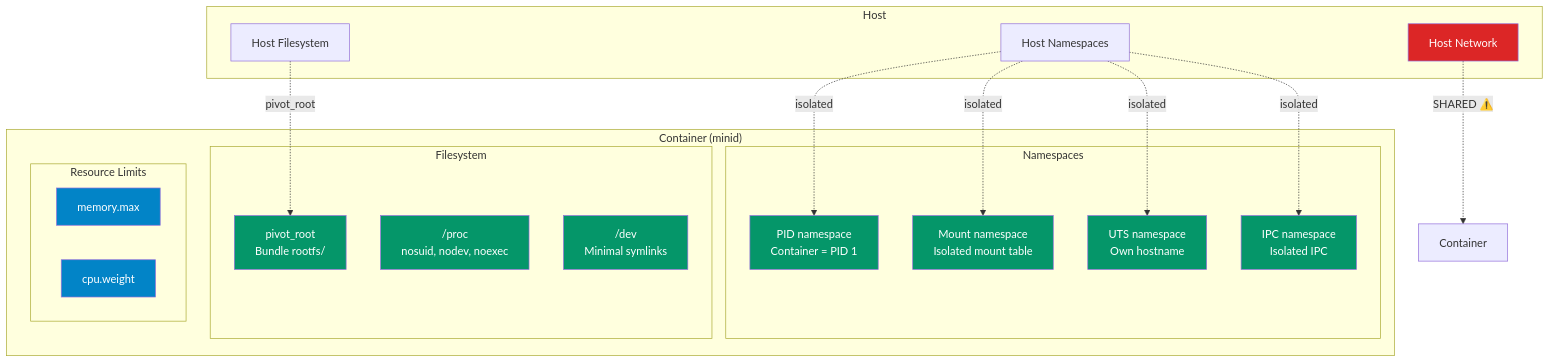
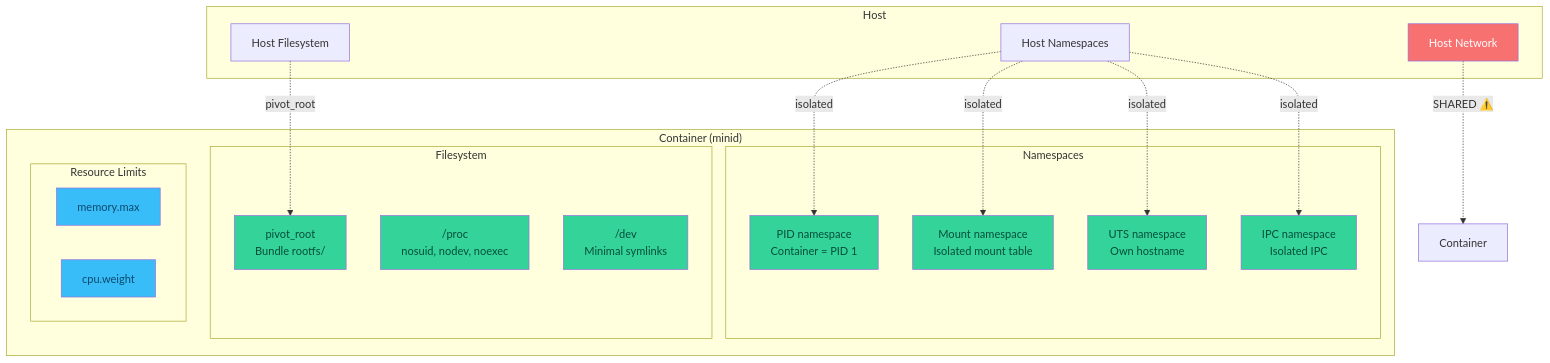
The diagram in docs/security.md (AndySchubert/minid), drawn with Mermaid before and after one commit. The commit also changed 4 other files, not shown here.

Commit message:
fix: brighten mermaid diagram colors, add acknowledgements

````diff
--- a/docs/security.md
+++ b/docs/security.md
@@ -5,44 +5,44 @@
 ```mermaid
 graph TB
     subgraph "Host"
         HOST_NS["Host Namespaces"]
         HOST_FS["Host Filesystem"]
         HOST_NET["Host Network"]
     end
 
     subgraph "Container (minid)"
         subgraph "Namespaces"
             PID["PID namespace<br/>Container = PID 1"]
             MNT["Mount namespace<br/>Isolated mount table"]
             UTS["UTS namespace<br/>Own hostname"]
             IPC["IPC namespace<br/>Isolated IPC"]
         end
         subgraph "Filesystem"
             ROOTFS["pivot_root<br/>Bundle rootfs/"]
             PROC["/proc<br/>nosuid, nodev, noexec"]
             DEV["/dev<br/>Minimal symlinks"]
         end
         subgraph "Resource Limits"
             MEM["memory.max"]
             CPU["cpu.weight"]
         end
     end
 
     HOST_NS -. "isolated" .-> PID
     HOST_NS -. "isolated" .-> MNT
     HOST_NS -. "isolated" .-> UTS
     HOST_NS -. "isolated" .-> IPC
     HOST_FS -. "pivot_root" .-> ROOTFS
     HOST_NET -. "SHARED ⚠️" .-> Container
 
-    style PID fill:#059669,color:#fff
-    style MNT fill:#059669,color:#fff
-    style UTS fill:#059669,color:#fff
-    style IPC fill:#059669,color:#fff
-    style ROOTFS fill:#059669,color:#fff
-    style PROC fill:#059669,color:#fff
-    style DEV fill:#059669,color:#fff
-    style MEM fill:#0284c7,color:#fff
-    style CPU fill:#0284c7,color:#fff
-    style HOST_NET fill:#dc2626,color:#fff
+    style PID fill:#34d399,color:#064e3b
+    style MNT fill:#34d399,color:#064e3b
+    style UTS fill:#34d399,color:#064e3b
+    style IPC fill:#34d399,color:#064e3b
+    style ROOTFS fill:#34d399,color:#064e3b
+    style PROC fill:#34d399,color:#064e3b
+    style DEV fill:#34d399,color:#064e3b
+    style MEM fill:#38bdf8,color:#0c4a6e
+    style CPU fill:#38bdf8,color:#0c4a6e
+    style HOST_NET fill:#f87171,color:#fff
 ```
````
